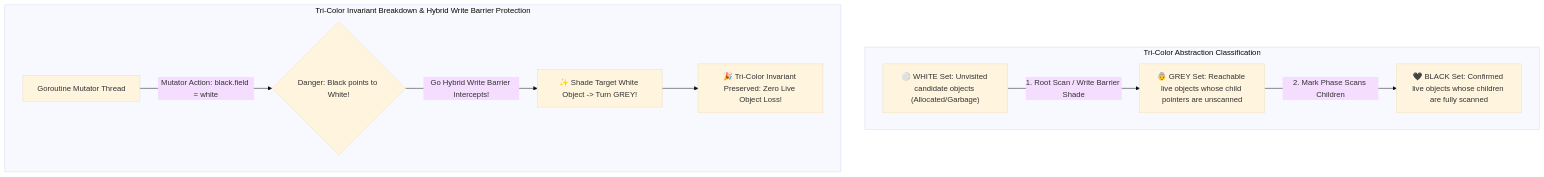
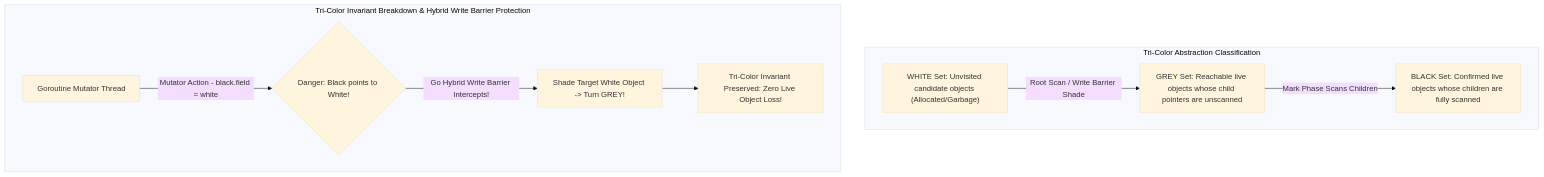
The diagram in blog/posts/tri-color-marking-concurrent-sweep-go-runtime-write-barriers.md (akmalkhaniub/akmalkhaniub.github.io), drawn with Mermaid (base theme) before and after one commit. The commit also changed 411 other files, not shown here.

````diff
--- a/blog/posts/tri-color-marking-concurrent-sweep-go-runtime-write-barriers.md
+++ b/blog/posts/tri-color-marking-concurrent-sweep-go-runtime-write-barriers.md
@@ -19,17 +19,17 @@
 ```mermaid
-graph TD
+flowchart TD
   subgraph SG1_TriColorAbstraction ["Tri-Color Abstraction Classification"]
-    White["⚪ WHITE Set: Unvisited candidate objects (Allocated/Garbage)"]
-    Grey["👵 GREY Set: Reachable live objects whose child pointers are unscanned"]
-    Black["🖤 BLACK Set: Confirmed live objects whose children are fully scanned"]
+    White[" WHITE Set: Unvisited candidate objects (Allocated/Garbage)"]
+    Grey[" GREY Set: Reachable live objects whose child pointers are unscanned"]
+    Black[" BLACK Set: Confirmed live objects whose children are fully scanned"]
     
-    White -->|1. Root Scan / Write Barrier Shade| Grey
-    Grey -->|2. Mark Phase Scans Children| Black
+    White -->|Root Scan / Write Barrier Shade| Grey
+    Grey -->|Mark Phase Scans Children| Black
   end
   
   subgraph SG2_TriColorInvariant ["Tri-Color Invariant Breakdown & Hybrid Write Barrier Protection"]
-    Mutator[Goroutine Mutator Thread] -->|Mutator Action: black.field = white| DangerCheck{Danger: Black points to White!}
-    DangerCheck -->|Go Hybrid Write Barrier Intercepts!| Shade[✨ Shade Target White Object -> Turn GREY!]
-    Shade --> SafeMark[🎉 Tri-Color Invariant Preserved: Zero Live Object Loss!]
+    Mutator[Goroutine Mutator Thread] -->|Mutator Action - black.field = white| DangerCheck{Danger: Black points to White!}
+    DangerCheck -->|Go Hybrid Write Barrier Intercepts!| Shade[ Shade Target White Object -> Turn GREY!]
+    Shade --> SafeMark[ Tri-Color Invariant Preserved: Zero Live Object Loss!]
   end
 ```
````
